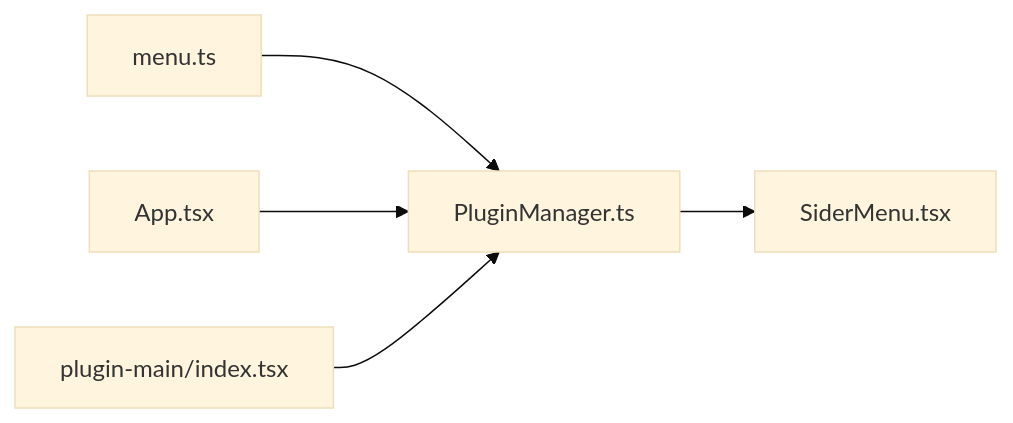
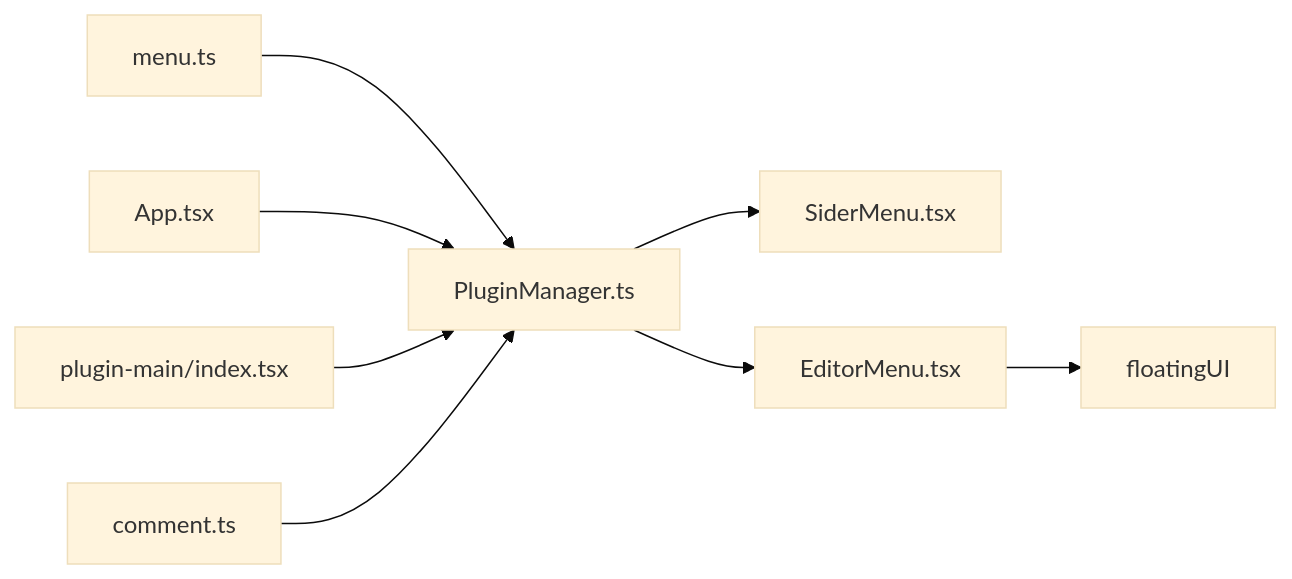
Before and after one commit to LRF0422/Kotion: the fifth of 5 diagrams in .qoder/repowiki/zh/content/架构设计/插件系统架构/插件菜单系统.md, drawn with Mermaid (base theme). The commit also changed other lines of this file and 5 other files, not shown here.

````diff
--- a/.qoder/repowiki/zh/content/架构设计/插件系统架构/插件菜单系统.md
+++ b/.qoder/repowiki/zh/content/架构设计/插件系统架构/插件菜单系统.md
@@ -236,7 +284,10 @@
 ```mermaid
 graph LR
 MenuTS["menu.ts"] --> PMTS["PluginManager.ts"]
 PMTS --> SMX["SiderMenu.tsx"]
+PMTS --> EMX["EditorMenu.tsx"]
 APPX["App.tsx"] --> PMTS
 PLGX["plugin-main/index.tsx"] --> PMTS
+CMX["comment.ts"] --> PMTS
+EMX --> FU["floatingUI"]
 ```
````
